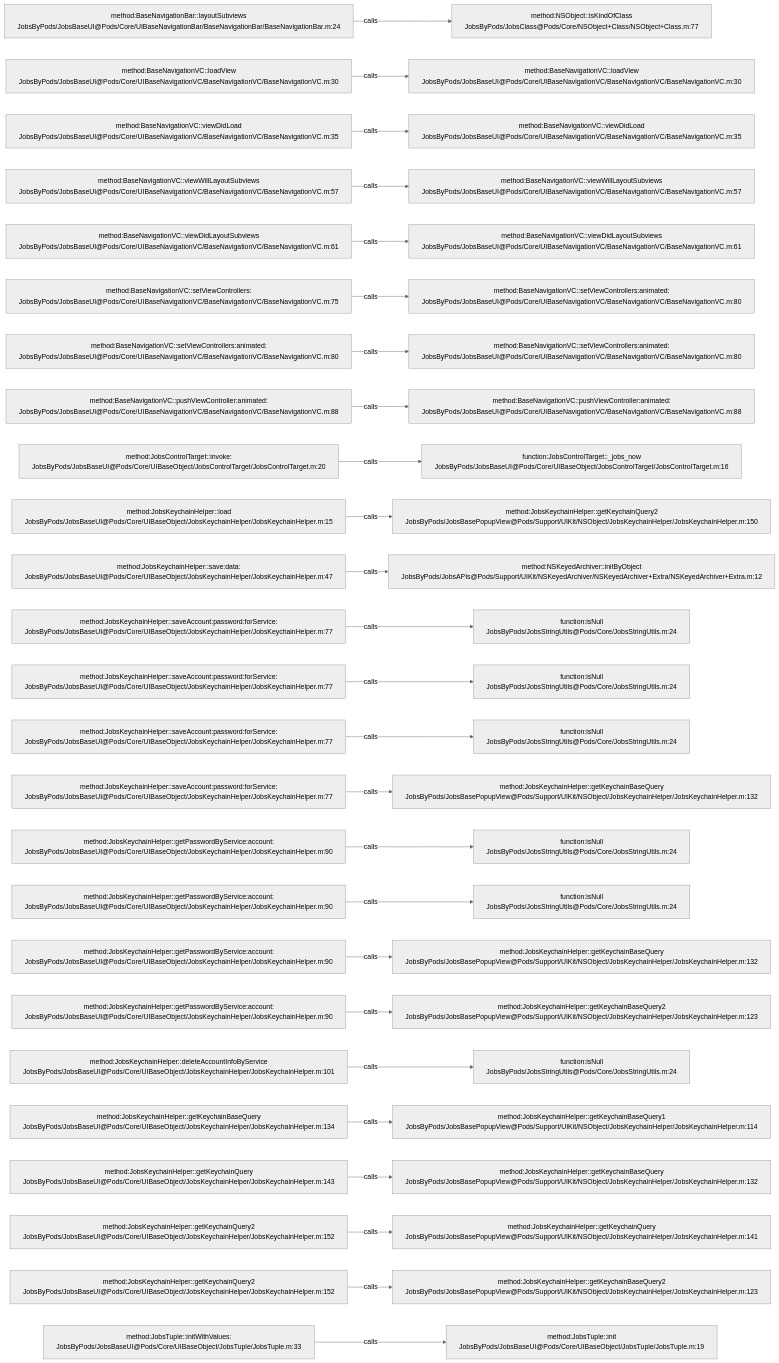
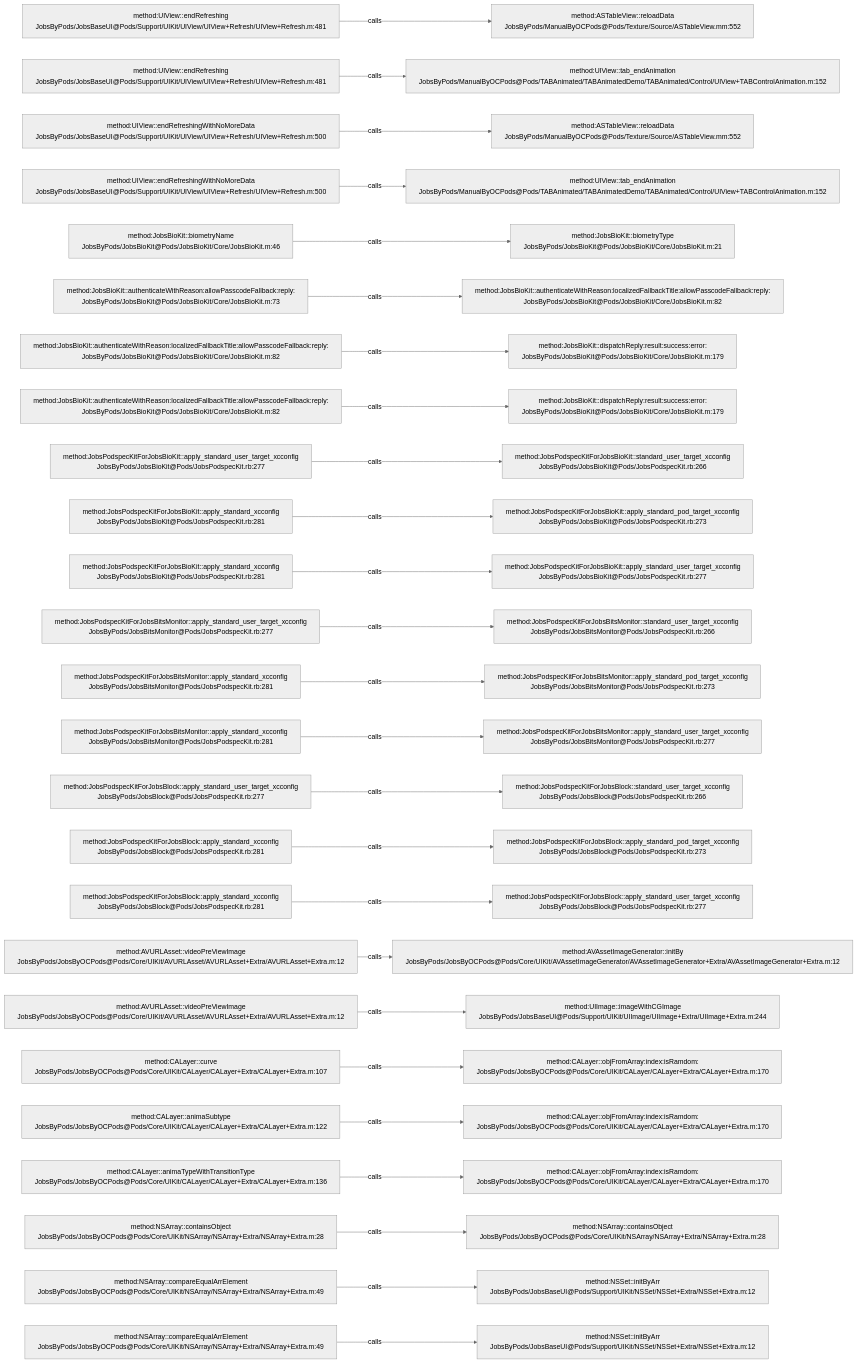
The diagram in .codegraph/codegraph.md/graphs/calls-029.md (JobsKits/JobsOCBaseConfigDemo), drawn with Mermaid (neutral theme) before and after one commit. The commit also changed 573 other files, not shown here.

````diff
--- a/.codegraph/codegraph.md/graphs/calls-029.md
+++ b/.codegraph/codegraph.md/graphs/calls-029.md
@@ -13,78 +13,78 @@
 ```mermaid
 flowchart LR
-  S1["method:BaseNavigationBar::layoutSubviews<br/>JobsByPods/JobsBaseUI@Pods/Core/UIBaseNavigationBar/BaseNavigationBar/BaseNavigationBar.m:24"]
-  T1["method:NSObject::isKindOfClass<br/>JobsByPods/JobsClass@Pods/Core/NSObject+Class/NSObject+Class.m:77"]
+  S1["method:UIView::endRefreshing<br/>JobsByPods/JobsBaseUI@Pods/Support/UIKit/UIView/UIView+Refresh/UIView+Refresh.m:481"]
+  T1["method:ASTableView::reloadData<br/>JobsByPods/ManualByOCPods@Pods/Texture/Source/ASTableView.mm:552"]
   S1 -->|calls| T1
-  S2["method:BaseNavigationVC::loadView<br/>JobsByPods/JobsBaseUI@Pods/Core/UIBaseNavigationVC/BaseNavigationVC/BaseNavigationVC.m:30"]
-  T2["method:BaseNavigationVC::loadView<br/>JobsByPods/JobsBaseUI@Pods/Core/UIBaseNavigationVC/BaseNavigationVC/BaseNavigationVC.m:30"]
+  S2["method:UIView::endRefreshing<br/>JobsByPods/JobsBaseUI@Pods/Support/UIKit/UIView/UIView+Refresh/UIView+Refresh.m:481"]
+  T2["method:UIView::tab_endAnimation<br/>JobsByPods/ManualByOCPods@Pods/TABAnimated/TABAnimatedDemo/TABAnimated/Control/UIView+TABControlAnimation.m:152"]
   S2 -->|calls| T2
-  S3["method:BaseNavigationVC::viewDidLoad<br/>JobsByPods/JobsBaseUI@Pods/Core/UIBaseNavigationVC/BaseNavigationVC/BaseNavigationVC.m:35"]
-  T3["method:BaseNavigationVC::viewDidLoad<br/>JobsByPods/JobsBaseUI@Pods/Core/UIBaseNavigationVC/BaseNavigationVC/BaseNavigationVC.m:35"]
+  S3["method:UIView::endRefreshingWithNoMoreData<br/>JobsByPods/JobsBaseUI@Pods/Support/UIKit/UIView/UIView+Refresh/UIView+Refresh.m:500"]
+  T3["method:ASTableView::reloadData<br/>JobsByPods/ManualByOCPods@Pods/Texture/Source/ASTableView.mm:552"]
   S3 -->|calls| T3
-  S4["method:BaseNavigationVC::viewWillLayoutSubviews<br/>JobsByPods/JobsBaseUI@Pods/Core/UIBaseNavigationVC/BaseNavigationVC/BaseNavigationVC.m:57"]
-  T4["method:BaseNavigationVC::viewWillLayoutSubviews<br/>JobsByPods/JobsBaseUI@Pods/Core/UIBaseNavigationVC/BaseNavigationVC/BaseNavigationVC.m:57"]
+  S4["method:UIView::endRefreshingWithNoMoreData<br/>JobsByPods/JobsBaseUI@Pods/Support/UIKit/UIView/UIView+Refresh/UIView+Refresh.m:500"]
+  T4["method:UIView::tab_endAnimation<br/>JobsByPods/ManualByOCPods@Pods/TABAnimated/TABAnimatedDemo/TABAnimated/Control/UIView+TABControlAnimation.m:152"]
   S4 -->|calls| T4
-  S5["method:BaseNavigationVC::viewDidLayoutSubviews<br/>JobsByPods/JobsBaseUI@Pods/Core/UIBaseNavigationVC/BaseNavigationVC/BaseNavigationVC.m:61"]
-  T5["method:BaseNavigationVC::viewDidLayoutSubviews<br/>JobsByPods/JobsBaseUI@Pods/Core/UIBaseNavigationVC/BaseNavigationVC/BaseNavigationVC.m:61"]
+  S5["method:JobsBioKit::biometryName<br/>JobsByPods/JobsBioKit@Pods/JobsBioKit/Core/JobsBioKit.m:46"]
+  T5["method:JobsBioKit::biometryType<br/>JobsByPods/JobsBioKit@Pods/JobsBioKit/Core/JobsBioKit.m:21"]
   S5 -->|calls| T5
-  S6["method:BaseNavigationVC::setViewControllers:<br/>JobsByPods/JobsBaseUI@Pods/Core/UIBaseNavigationVC/BaseNavigationVC/BaseNavigationVC.m:75"]
-  T6["method:BaseNavigationVC::setViewControllers:animated:<br/>JobsByPods/JobsBaseUI@Pods/Core/UIBaseNavigationVC/BaseNavigationVC/BaseNavigationVC.m:80"]
+  S6["method:JobsBioKit::authenticateWithReason:allowPasscodeFallback:reply:<br/>JobsByPods/JobsBioKit@Pods/JobsBioKit/Core/JobsBioKit.m:73"]
+  T6["method:JobsBioKit::authenticateWithReason:localizedFallbackTitle:allowPasscodeFallback:reply:<br/>JobsByPods/JobsBioKit@Pods/JobsBioKit/Core/JobsBioKit.m:82"]
   S6 -->|calls| T6
-  S7["method:BaseNavigationVC::setViewControllers:animated:<br/>JobsByPods/JobsBaseUI@Pods/Core/UIBaseNavigationVC/BaseNavigationVC/BaseNavigationVC.m:80"]
-  T7["method:BaseNavigationVC::setViewControllers:animated:<br/>JobsByPods/JobsBaseUI@Pods/Core/UIBaseNavigationVC/BaseNavigationVC/BaseNavigationVC.m:80"]
+  S7["method:JobsBioKit::authenticateWithReason:localizedFallbackTitle:allowPasscodeFallback:reply:<br/>JobsByPods/JobsBioKit@Pods/JobsBioKit/Core/JobsBioKit.m:82"]
+  T7["method:JobsBioKit::dispatchReply:result:success:error:<br/>JobsByPods/JobsBioKit@Pods/JobsBioKit/Core/JobsBioKit.m:179"]
   S7 -->|calls| T7
-  S8["method:BaseNavigationVC::pushViewController:animated:<br/>JobsByPods/JobsBaseUI@Pods/Core/UIBaseNavigationVC/BaseNavigationVC/BaseNavigationVC.m:88"]
-  T8["method:BaseNavigationVC::pushViewController:animated:<br/>JobsByPods/JobsBaseUI@Pods/Core/UIBaseNavigationVC/BaseNavigationVC/BaseNavigationVC.m:88"]
+  S8["method:JobsBioKit::authenticateWithReason:localizedFallbackTitle:allowPasscodeFallback:reply:<br/>JobsByPods/JobsBioKit@Pods/JobsBioKit/Core/JobsBioKit.m:82"]
+  T8["method:JobsBioKit::dispatchReply:result:success:error:<br/>JobsByPods/JobsBioKit@Pods/JobsBioKit/Core/JobsBioKit.m:179"]
   S8 -->|calls| T8
-  S9["method:JobsControlTarget::invoke:<br/>JobsByPods/JobsBaseUI@Pods/Core/UIBaseObject/JobsControlTarget/JobsControlTarget.m:20"]
-  T9["function:JobsControlTarget::_jobs_now<br/>JobsByPods/JobsBaseUI@Pods/Core/UIBaseObject/JobsControlTarget/JobsControlTarget.m:16"]
+  S9["method:JobsPodspecKitForJobsBioKit::apply_standard_user_target_xcconfig<br/>JobsByPods/JobsBioKit@Pods/JobsPodspecKit.rb:277"]
+  T9["method:JobsPodspecKitForJobsBioKit::standard_user_target_xcconfig<br/>JobsByPods/JobsBioKit@Pods/JobsPodspecKit.rb:266"]
   S9 -->|calls| T9
-  S10["method:JobsKeychainHelper::load<br/>JobsByPods/JobsBaseUI@Pods/Core/UIBaseObject/JobsKeychainHelper/JobsKeychainHelper.m:15"]
-  T10["method:JobsKeychainHelper::getKeychainQuery2<br/>JobsByPods/JobsBasePopupView@Pods/Support/UIKit/NSObject/JobsKeychainHelper/JobsKeychainHelper.m:150"]
+  S10["method:JobsPodspecKitForJobsBioKit::apply_standard_xcconfig<br/>JobsByPods/JobsBioKit@Pods/JobsPodspecKit.rb:281"]
+  T10["method:JobsPodspecKitForJobsBioKit::apply_standard_pod_target_xcconfig<br/>JobsByPods/JobsBioKit@Pods/JobsPodspecKit.rb:273"]
   S10 -->|calls| T10
-  S11["method:JobsKeychainHelper::save:data:<br/>JobsByPods/JobsBaseUI@Pods/Core/UIBaseObject/JobsKeychainHelper/JobsKeychainHelper.m:47"]
-  T11["method:NSKeyedArchiver::initByObject<br/>JobsByPods/JobsAPIs@Pods/Support/UIKit/NSKeyedArchiver/NSKeyedArchiver+Extra/NSKeyedArchiver+Extra.m:12"]
+  S11["method:JobsPodspecKitForJobsBioKit::apply_standard_xcconfig<br/>JobsByPods/JobsBioKit@Pods/JobsPodspecKit.rb:281"]
+  T11["method:JobsPodspecKitForJobsBioKit::apply_standard_user_target_xcconfig<br/>JobsByPods/JobsBioKit@Pods/JobsPodspecKit.rb:277"]
   S11 -->|calls| T11
-  S12["method:JobsKeychainHelper::saveAccount:password:forService:<br/>JobsByPods/JobsBaseUI@Pods/Core/UIBaseObject/JobsKeychainHelper/JobsKeychainHelper.m:77"]
-  T12["function:isNull<br/>JobsByPods/JobsStringUtils@Pods/Core/JobsStringUtils.m:24"]
+  S12["method:JobsPodspecKitForJobsBitsMonitor::apply_standard_user_target_xcconfig<br/>JobsByPods/JobsBitsMonitor@Pods/JobsPodspecKit.rb:277"]
+  T12["method:JobsPodspecKitForJobsBitsMonitor::standard_user_target_xcconfig<br/>JobsByPods/JobsBitsMonitor@Pods/JobsPodspecKit.rb:266"]
   S12 -->|calls| T12
-  S13["method:JobsKeychainHelper::saveAccount:password:forService:<br/>JobsByPods/JobsBaseUI@Pods/Core/UIBaseObject/JobsKeychainHelper/JobsKeychainHelper.m:77"]
-  T13["function:isNull<br/>JobsByPods/JobsStringUtils@Pods/Core/JobsStringUtils.m:24"]
+  S13["method:JobsPodspecKitForJobsBitsMonitor::apply_standard_xcconfig<br/>JobsByPods/JobsBitsMonitor@Pods/JobsPodspecKit.rb:281"]
+  T13["method:JobsPodspecKitForJobsBitsMonitor::apply_standard_pod_target_xcconfig<br/>JobsByPods/JobsBitsMonitor@Pods/JobsPodspecKit.rb:273"]
   S13 -->|calls| T13
-  S14["method:JobsKeychainHelper::saveAccount:password:forService:<br/>JobsByPods/JobsBaseUI@Pods/Core/UIBaseObject/JobsKeychainHelper/JobsKeychainHelper.m:77"]
-  T14["function:isNull<br/>JobsByPods/JobsStringUtils@Pods/Core/JobsStringUtils.m:24"]
+  S14["method:JobsPodspecKitForJobsBitsMonitor::apply_standard_xcconfig<br/>JobsByPods/JobsBitsMonitor@Pods/JobsPodspecKit.rb:281"]
+  T14["method:JobsPodspecKitForJobsBitsMonitor::apply_standard_user_target_xcconfig<br/>JobsByPods/JobsBitsMonitor@Pods/JobsPodspecKit.rb:277"]
   S14 -->|calls| T14
-  S15["method:JobsKeychainHelper::saveAccount:password:forService:<br/>JobsByPods/JobsBaseUI@Pods/Core/UIBaseObject/JobsKeychainHelper/JobsKeychainHelper.m:77"]
-  T15["method:JobsKeychainHelper::getKeychainBaseQuery<br/>JobsByPods/JobsBasePopupView@Pods/Support/UIKit/NSObject/JobsKeychainHelper/JobsKeychainHelper.m:132"]
+  S15["method:JobsPodspecKitForJobsBlock::apply_standard_user_target_xcconfig<br/>JobsByPods/JobsBlock@Pods/JobsPodspecKit.rb:277"]
+  T15["method:JobsPodspecKitForJobsBlock::standard_user_target_xcconfig<br/>JobsByPods/JobsBlock@Pods/JobsPodspecKit.rb:266"]
   S15 -->|calls| T15
-  S16["method:JobsKeychainHelper::getPasswordByService:account:<br/>JobsByPods/JobsBaseUI@Pods/Core/UIBaseObject/JobsKeychainHelper/JobsKeychainHelper.m:90"]
-  T16["function:isNull<br/>JobsByPods/JobsStringUtils@Pods/Core/JobsStringUtils.m:24"]
+  S16["method:JobsPodspecKitForJobsBlock::apply_standard_xcconfig<br/>JobsByPods/JobsBlock@Pods/JobsPodspecKit.rb:281"]
+  T16["method:JobsPodspecKitForJobsBlock::apply_standard_pod_target_xcconfig<br/>JobsByPods/JobsBlock@Pods/JobsPodspecKit.rb:273"]
   S16 -->|calls| T16
-  S17["method:JobsKeychainHelper::getPasswordByService:account:<br/>JobsByPods/JobsBaseUI@Pods/Core/UIBaseObject/JobsKeychainHelper/JobsKeychainHelper.m:90"]
-  T17["function:isNull<br/>JobsByPods/JobsStringUtils@Pods/Core/JobsStringUtils.m:24"]
+  S17["method:JobsPodspecKitForJobsBlock::apply_standard_xcconfig<br/>JobsByPods/JobsBlock@Pods/JobsPodspecKit.rb:281"]
+  T17["method:JobsPodspecKitForJobsBlock::apply_standard_user_target_xcconfig<br/>JobsByPods/JobsBlock@Pods/JobsPodspecKit.rb:277"]
   S17 -->|calls| T17
-  S18["method:JobsKeychainHelper::getPasswordByService:account:<br/>JobsByPods/JobsBaseUI@Pods/Core/UIBaseObject/JobsKeychainHelper/JobsKeychainHelper.m:90"]
-  T18["method:JobsKeychainHelper::getKeychainBaseQuery<br/>JobsByPods/JobsBasePopupView@Pods/Support/UIKit/NSObject/JobsKeychainHelper/JobsKeychainHelper.m:132"]
+  S18["method:AVURLAsset::videoPreViewImage<br/>JobsByPods/JobsByOCPods@Pods/Core/UIKit/AVURLAsset/AVURLAsset+Extra/AVURLAsset+Extra.m:12"]
+  T18["method:AVAssetImageGenerator::initBy<br/>JobsByPods/JobsByOCPods@Pods/Core/UIKit/AVAssetImageGenerator/AVAssetImageGenerator+Extra/AVAssetImageGenerator+Extra.m:12"]
   S18 -->|calls| T18
-  S19["method:JobsKeychainHelper::getPasswordByService:account:<br/>JobsByPods/JobsBaseUI@Pods/Core/UIBaseObject/JobsKeychainHelper/JobsKeychainHelper.m:90"]
-  T19["method:JobsKeychainHelper::getKeychainBaseQuery2<br/>JobsByPods/JobsBasePopupView@Pods/Support/UIKit/NSObject/JobsKeychainHelper/JobsKeychainHelper.m:123"]
+  S19["method:AVURLAsset::videoPreViewImage<br/>JobsByPods/JobsByOCPods@Pods/Core/UIKit/AVURLAsset/AVURLAsset+Extra/AVURLAsset+Extra.m:12"]
+  T19["method:UIImage::imageWithCGImage<br/>JobsByPods/JobsBaseUI@Pods/Support/UIKit/UIImage/UIImage+Extra/UIImage+Extra.m:244"]
   S19 -->|calls| T19
-  S20["method:JobsKeychainHelper::deleteAccountInfoByService<br/>JobsByPods/JobsBaseUI@Pods/Core/UIBaseObject/JobsKeychainHelper/JobsKeychainHelper.m:101"]
-  T20["function:isNull<br/>JobsByPods/JobsStringUtils@Pods/Core/JobsStringUtils.m:24"]
+  S20["method:CALayer::curve<br/>JobsByPods/JobsByOCPods@Pods/Core/UIKit/CALayer/CALayer+Extra/CALayer+Extra.m:107"]
+  T20["method:CALayer::objFromArray:index:isRamdom:<br/>JobsByPods/JobsByOCPods@Pods/Core/UIKit/CALayer/CALayer+Extra/CALayer+Extra.m:170"]
   S20 -->|calls| T20
-  S21["method:JobsKeychainHelper::getKeychainBaseQuery<br/>JobsByPods/JobsBaseUI@Pods/Core/UIBaseObject/JobsKeychainHelper/JobsKeychainHelper.m:134"]
-  T21["method:JobsKeychainHelper::getKeychainBaseQuery1<br/>JobsByPods/JobsBasePopupView@Pods/Support/UIKit/NSObject/JobsKeychainHelper/JobsKeychainHelper.m:114"]
+  S21["method:CALayer::animaSubtype<br/>JobsByPods/JobsByOCPods@Pods/Core/UIKit/CALayer/CALayer+Extra/CALayer+Extra.m:122"]
+  T21["method:CALayer::objFromArray:index:isRamdom:<br/>JobsByPods/JobsByOCPods@Pods/Core/UIKit/CALayer/CALayer+Extra/CALayer+Extra.m:170"]
   S21 -->|calls| T21
-  S22["method:JobsKeychainHelper::getKeychainQuery<br/>JobsByPods/JobsBaseUI@Pods/Core/UIBaseObject/JobsKeychainHelper/JobsKeychainHelper.m:143"]
-  T22["method:JobsKeychainHelper::getKeychainBaseQuery<br/>JobsByPods/JobsBasePopupView@Pods/Support/UIKit/NSObject/JobsKeychainHelper/JobsKeychainHelper.m:132"]
+  S22["method:CALayer::animaTypeWithTransitionType<br/>JobsByPods/JobsByOCPods@Pods/Core/UIKit/CALayer/CALayer+Extra/CALayer+Extra.m:136"]
+  T22["method:CALayer::objFromArray:index:isRamdom:<br/>JobsByPods/JobsByOCPods@Pods/Core/UIKit/CALayer/CALayer+Extra/CALayer+Extra.m:170"]
   S22 -->|calls| T22
-  S23["method:JobsKeychainHelper::getKeychainQuery2<br/>JobsByPods/JobsBaseUI@Pods/Core/UIBaseObject/JobsKeychainHelper/JobsKeychainHelper.m:152"]
-  T23["method:JobsKeychainHelper::getKeychainQuery<br/>JobsByPods/JobsBasePopupView@Pods/Support/UIKit/NSObject/JobsKeychainHelper/JobsKeychainHelper.m:141"]
+  S23["method:NSArray::containsObject<br/>JobsByPods/JobsByOCPods@Pods/Core/UIKit/NSArray/NSArray+Extra/NSArray+Extra.m:28"]
+  T23["method:NSArray::containsObject<br/>JobsByPods/JobsByOCPods@Pods/Core/UIKit/NSArray/NSArray+Extra/NSArray+Extra.m:28"]
   S23 -->|calls| T23
-  S24["method:JobsKeychainHelper::getKeychainQuery2<br/>JobsByPods/JobsBaseUI@Pods/Core/UIBaseObject/JobsKeychainHelper/JobsKeychainHelper.m:152"]
-  T24["method:JobsKeychainHelper::getKeychainBaseQuery2<br/>JobsByPods/JobsBasePopupView@Pods/Support/UIKit/NSObject/JobsKeychainHelper/JobsKeychainHelper.m:123"]
+  S24["method:NSArray::compareEqualArrElement<br/>JobsByPods/JobsByOCPods@Pods/Core/UIKit/NSArray/NSArray+Extra/NSArray+Extra.m:49"]
+  T24["method:NSSet::initByArr<br/>JobsByPods/JobsBaseUI@Pods/Support/UIKit/NSSet/NSSet+Extra/NSSet+Extra.m:12"]
   S24 -->|calls| T24
-  S25["method:JobsTuple::initWithValues:<br/>JobsByPods/JobsBaseUI@Pods/Core/UIBaseObject/JobsTuple/JobsTuple.m:33"]
-  T25["method:JobsTuple::init<br/>JobsByPods/JobsBaseUI@Pods/Core/UIBaseObject/JobsTuple/JobsTuple.m:19"]
+  S25["method:NSArray::compareEqualArrElement<br/>JobsByPods/JobsByOCPods@Pods/Core/UIKit/NSArray/NSArray+Extra/NSArray+Extra.m:49"]
+  T25["method:NSSet::initByArr<br/>JobsByPods/JobsBaseUI@Pods/Support/UIKit/NSSet/NSSet+Extra/NSSet+Extra.m:12"]
   S25 -->|calls| T25
 ```
````
